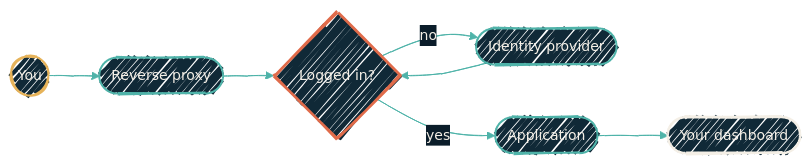
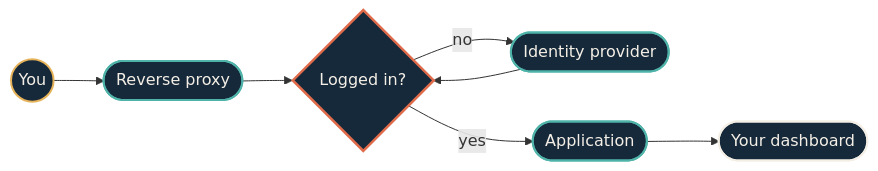
The diagram in explainers/one-login-for-everything.mdx (dryvist/docs), drawn with Mermaid before and after one commit. The commit also changed other lines of this file and 116 other files, not shown here.

````diff
--- a/explainers/one-login-for-everything.mdx
+++ b/explainers/one-login-for-everything.mdx
@@ -42,28 +42,30 @@
 ```mermaid
-%%{init:
-  {'theme':'base','look':'handDrawn','themeVariables':{'fontFamily':'Geist','fontSize':'14px','primaryColor':'#102937','primaryTextColor':'#F4EFE6','primaryBorderColor':'#4FB3A9','lineColor':'#4FB3A9','secondaryColor':'#0B1D2A','tertiaryColor':'#1A2A38','clusterBkg':'rgba(79,179,169,0.08)','clusterBorder':'#4FB3A9'}}}%%
-  flowchart LR
+%%{init: {"theme":"base","look":"handDrawn","themeVariables":{"primaryColor":"#123a36","primaryTextColor":"#f4efe6","primaryBorderColor":"#4fb3a9","lineColor":"#4fb3a9","secondaryColor":"#0b1d2a","tertiaryColor":"#16293a","clusterBkg":"#08151f","clusterBorder":"#4fb3a9","fontFamily":"'Geist Sans', system-ui, -apple-system, BlinkMacSystemFont, 'Segoe UI', Roboto, sans-serif","fontSize":"14px"}}}%%
+flowchart LR
+  classDef src fill:#16293a,stroke:#e06b4a,stroke-width:2px,color:#f4efe6;
+  classDef ai fill:#16293a,stroke:#e06b4a,stroke-width:2px,color:#f4efe6;
+  classDef gate fill:#16293a,stroke:#e06b4a,stroke-width:2.5px,color:#f4efe6;
+  classDef hop fill:#16293a,stroke:#4fb3a9,stroke-width:2px,color:#f4efe6;
+  classDef host fill:#16293a,stroke:#4fb3a9,stroke-width:2px,color:#f4efe6;
+  classDef sink fill:#16293a,stroke:#f4efe6,stroke-width:2px,color:#f4efe6;
+  classDef auto fill:#16293a,stroke:#f4efe6,stroke-width:1.5px,color:#f4efe6;
+  classDef external fill:#16293a,stroke:#e6b35a,stroke-width:2px,color:#f4efe6;
   You((You))
   Proxy([Reverse proxy])
   Gate{Logged in?}
   Idp([Identity provider])
   App([Application])
   Done([Your dashboard])
 
   You --> Proxy
   Proxy --> Gate
   Gate -->|no| Idp
   Idp --> Gate
   Gate -->|yes| App
   App --> Done
 
-  classDef external fill:#102937,stroke:#E6B35A,stroke-width:2px,color:#F4EFE6;
-  classDef host fill:#102937,stroke:#4FB3A9,stroke-width:2px,color:#F4EFE6;
-  classDef gate fill:#102937,stroke:#E06B4A,stroke-width:2.5px,color:#F4EFE6;
-  classDef sink fill:#102937,stroke:#F4EFE6,stroke-width:2.5px,color:#F4EFE6;
-
   class You external
   class Proxy,Idp,App host
   class Gate gate
   class Done sink
 ```
````
